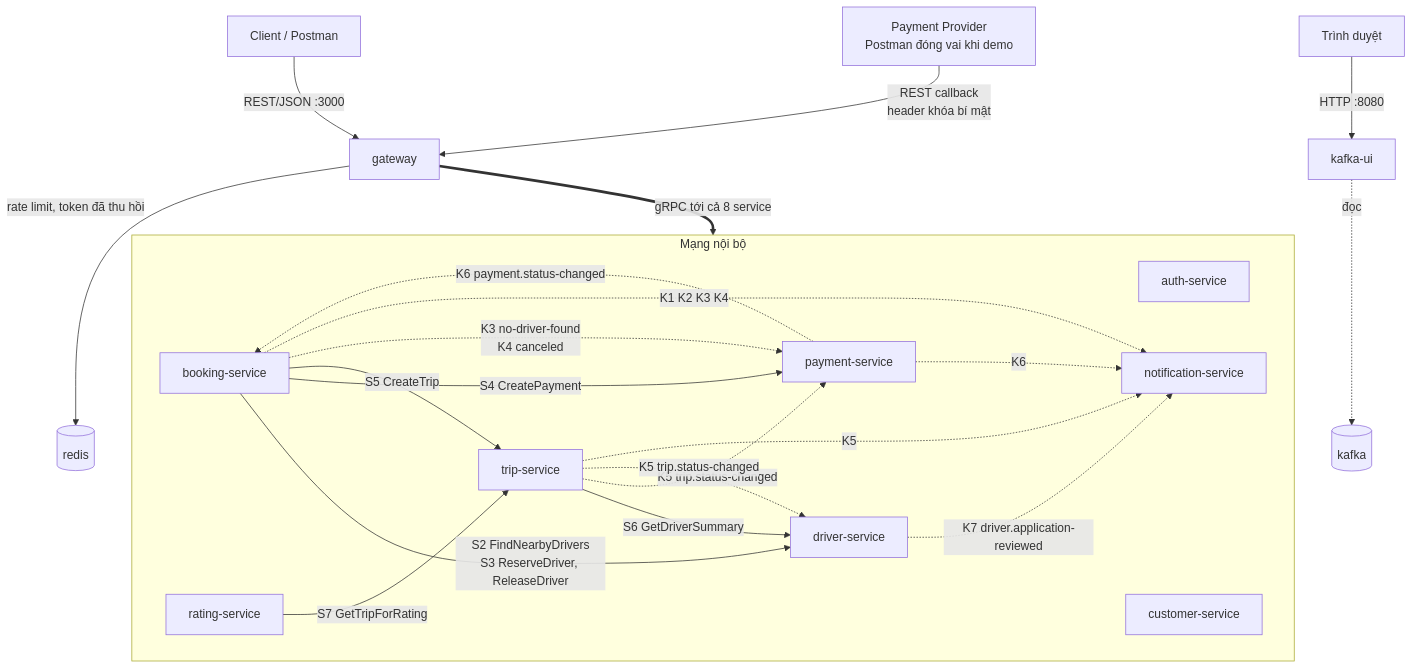
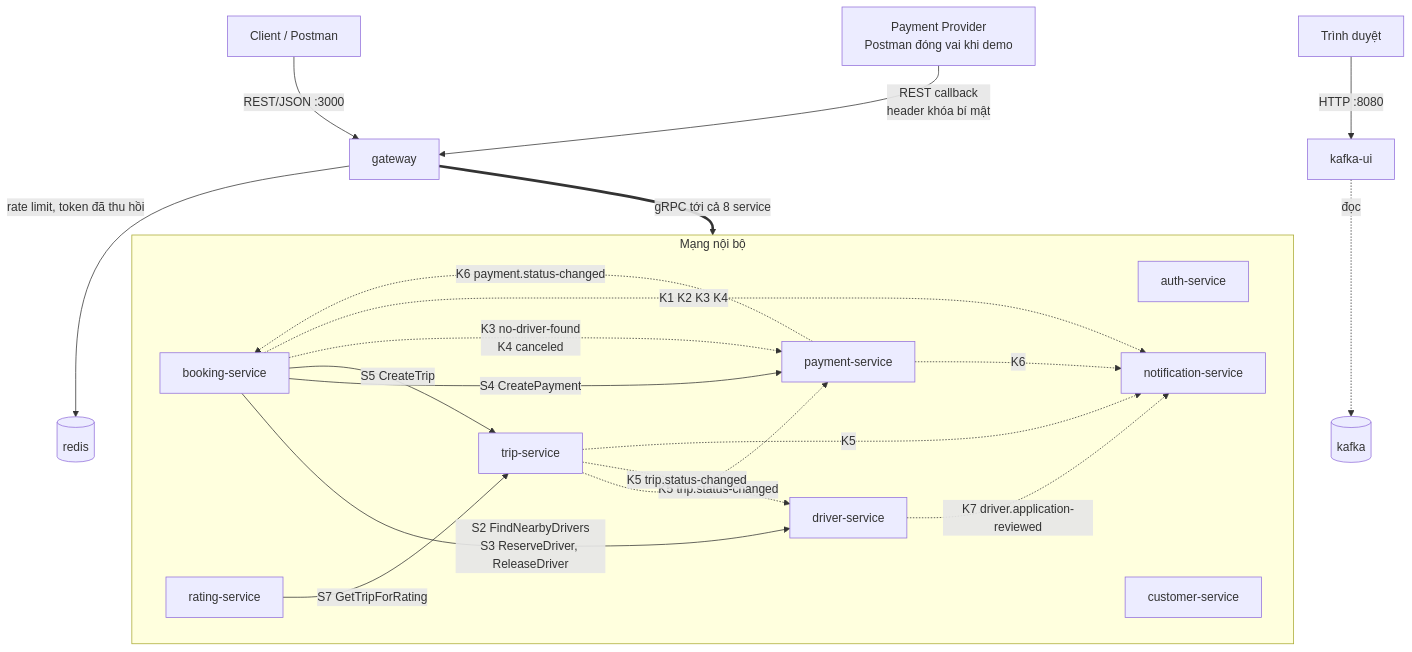
The first of 7 diagrams in docs/design/02-kien-truc-giao-tiep.md (nghuuduc21/23699411_NguyenHuuDuc_CabSystem), drawn with Mermaid before and after one commit. The commit also changed other lines of this file and 11 other files, not shown here.

````diff
--- a/docs/design/02-kien-truc-giao-tiep.md
+++ b/docs/design/02-kien-truc-giao-tiep.md
@@ -139,35 +140,34 @@
 ```mermaid
 flowchart TB
   CL[Client / Postman] -->|REST/JSON :3000| GW[gateway]
   PP[Payment Provider<br/>Postman đóng vai khi demo] -->|REST callback<br/>header khóa bí mật| GW
   BR[Trình duyệt] -->|HTTP :8080| KUI[kafka-ui]
   KUI -. đọc .-> KAFKA[(kafka)]
   GW -->|rate limit, token đã thu hồi| REDIS[(redis)]
   GW ==>|gRPC tới cả 8 service| SVC
 
   subgraph SVC[Mạng nội bộ]
     AUTH[auth-service]
     CUS[customer-service]
     DRV[driver-service]
     BK[booking-service]
     TRIP[trip-service]
     PAY[payment-service]
     NOTI[notification-service]
     RAT[rating-service]
   end
 
   BK -->|S2 FindNearbyDrivers<br/>S3 ReserveDriver, ReleaseDriver| DRV
   BK -->|S4 CreatePayment| PAY
   BK -->|S5 CreateTrip| TRIP
-  TRIP -->|S6 GetDriverSummary| DRV
   RAT -->|S7 GetTripForRating| TRIP
 
   PAY -.->|K6 payment.status-changed| BK
   BK -.->|K3 no-driver-found<br/>K4 canceled| PAY
   TRIP -.->|K5 trip.status-changed| PAY
   TRIP -.->|K5 trip.status-changed| DRV
   BK -.->|K1 K2 K3 K4| NOTI
   TRIP -.->|K5| NOTI
   PAY -.->|K6| NOTI
   DRV -.->|K7 driver.application-reviewed| NOTI
 ```
````
